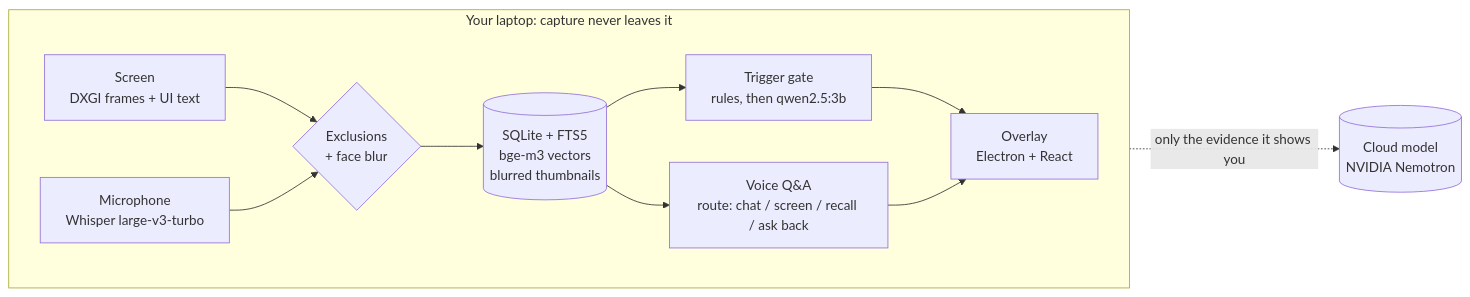
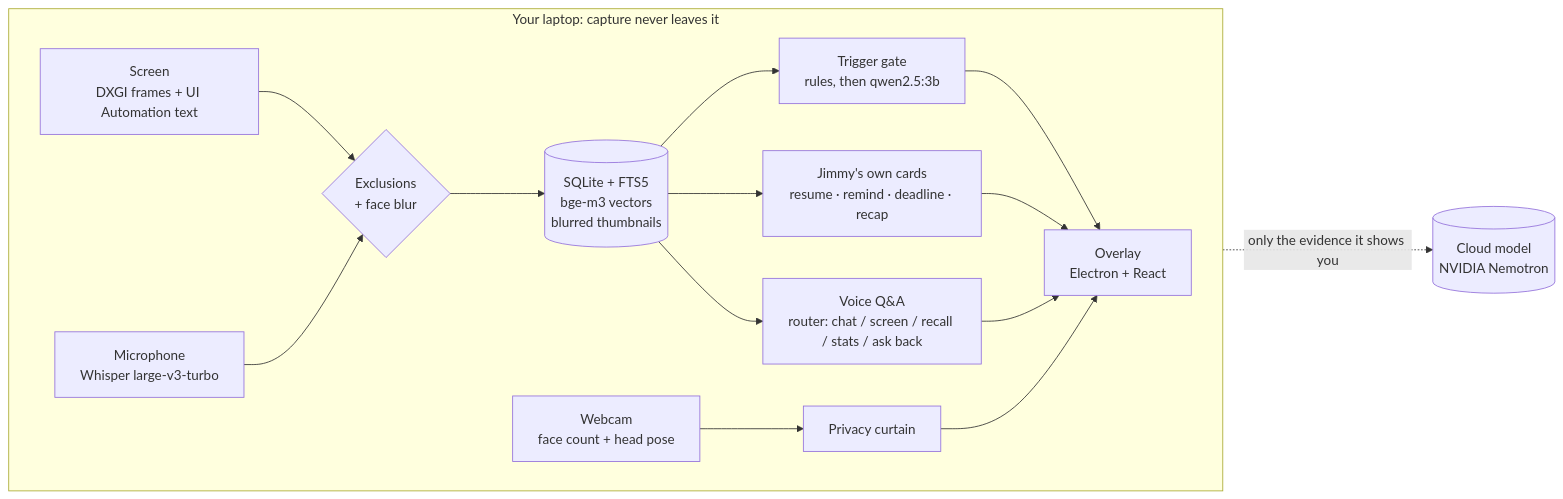
Before and after one commit to Adhrit-Verma/Jimmy: the first of 2 diagrams in README.md, drawn with Mermaid. The commit also changed other lines of this file and 2 other files, not shown here.

````diff
--- a/README.md
+++ b/README.md
@@ -215,14 +331,18 @@
 ```mermaid
 flowchart LR
   subgraph laptop["Your laptop: capture never leaves it"]
     direction LR
-    scr["Screen<br/>DXGI frames + UI text"] --> gate0{"Exclusions<br/>+ face blur"}
+    scr["Screen<br/>DXGI frames + UI Automation text"] --> gate0{"Exclusions<br/>+ face blur"}
     mic["Microphone<br/>Whisper large-v3-turbo"] --> gate0
+    cam["Webcam<br/>face count + head pose"] --> curtain["Privacy curtain"]
     gate0 --> db[("SQLite + FTS5<br/>bge-m3 vectors<br/>blurred thumbnails")]
     db --> cards["Trigger gate<br/>rules, then qwen2.5:3b"]
-    db --> ask["Voice Q&A<br/>route: chat / screen / recall / ask back"]
+    db --> own["Jimmy's own cards<br/>resume · remind · deadline · recap"]
+    db --> ask["Voice Q&A<br/>router: chat / screen / recall / stats / ask back"]
     cards --> ui["Overlay<br/>Electron + React"]
+    own --> ui
     ask --> ui
+    curtain --> ui
   end
   ask -. "only the evidence it shows you" .-> llm[("Cloud model<br/>NVIDIA Nemotron")]
 ```
````
